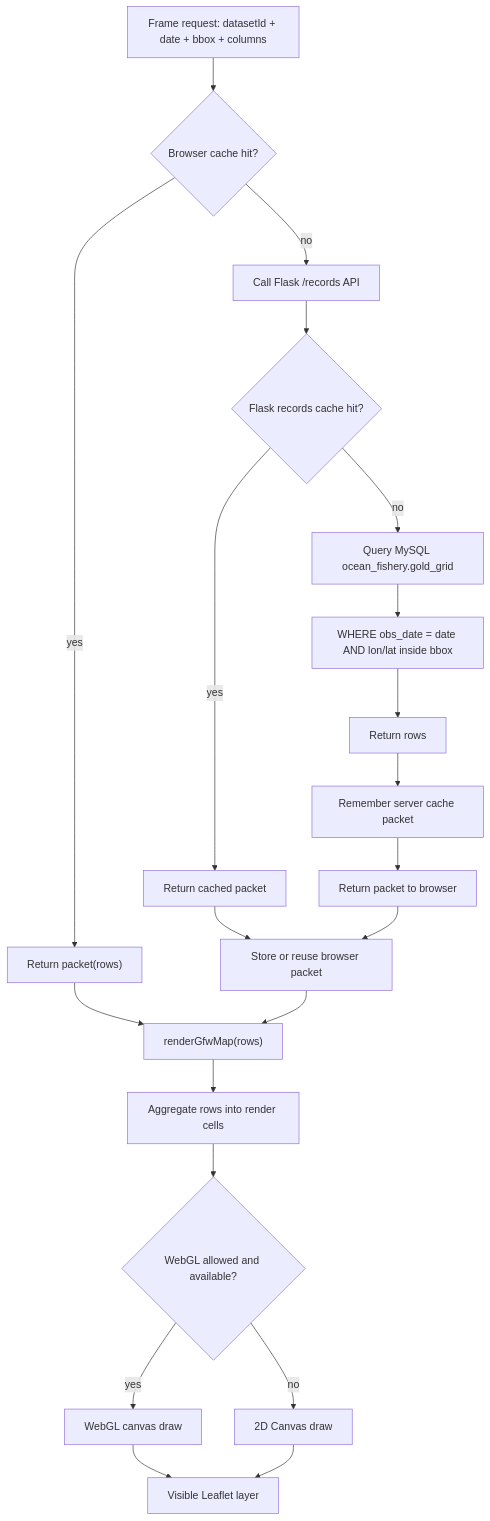
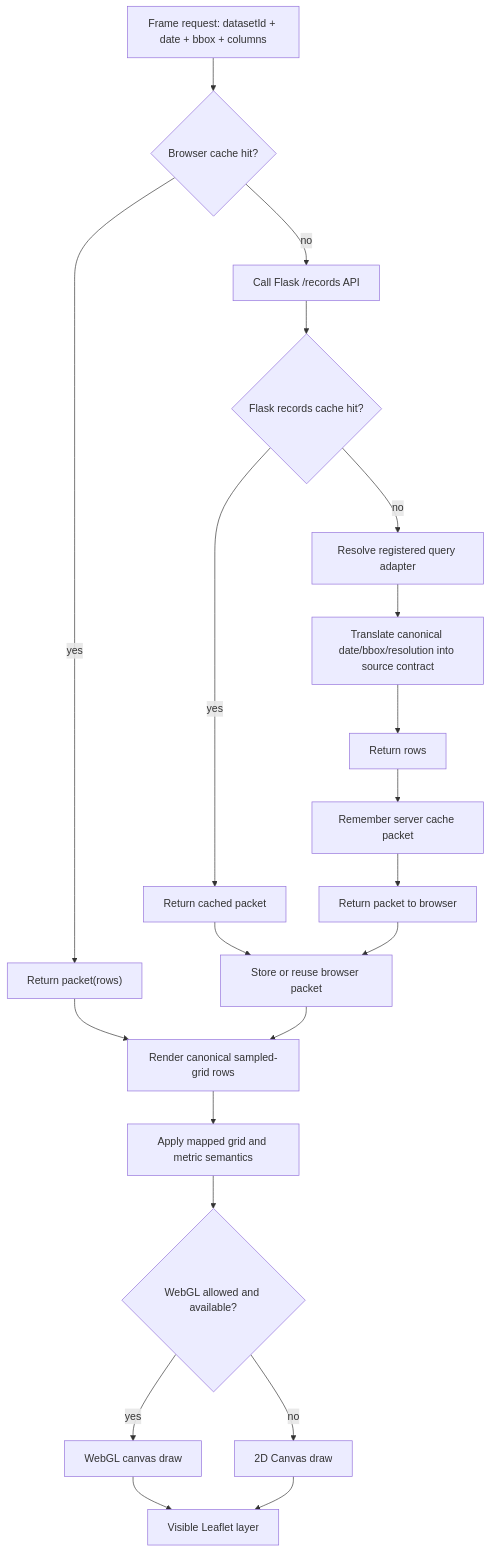
One commit to Kagamihara-Ruruka/gfw-flask-mysql-adapter changed the fourth of 5 diagrams in README.md. Above: the diagram before and after it, drawn with Mermaid. The commit also changed other lines of this file and 187 other files, not shown here.

Commit message:
Checkpoint lifecycle and runtime architecture

````diff
--- a/README.md
+++ b/README.md
@@ -353,27 +366,27 @@
 ```mermaid
 flowchart TD
   A["Frame request: datasetId + date + bbox + columns"] --> B{"Browser cache hit?"}
   B -->|yes| C["Return packet(rows)"]
   B -->|no| D["Call Flask /records API"]
 
   D --> E{"Flask records cache hit?"}
   E -->|yes| F["Return cached packet"]
-  E -->|no| G["Query MySQL ocean_fishery.gold_grid"]
+  E -->|no| G["Resolve registered query adapter"]
 
-  G --> H["WHERE obs_date = date AND lon/lat inside bbox"]
+  G --> H["Translate canonical date/bbox/resolution into source contract"]
   H --> I["Return rows"]
   I --> J["Remember server cache packet"]
   J --> K["Return packet to browser"]
 
   F --> L["Store or reuse browser packet"]
   K --> L
-  C --> M["renderGfwMap(rows)"]
+  C --> M["Render canonical sampled-grid rows"]
   L --> M
 
-  M --> N["Aggregate rows into render cells"]
+  M --> N["Apply mapped grid and metric semantics"]
   N --> O{"WebGL allowed and available?"}
   O -->|yes| P["WebGL canvas draw"]
   O -->|no| Q["2D Canvas draw"]
   P --> R["Visible Leaflet layer"]
   Q --> R
 ```
````
